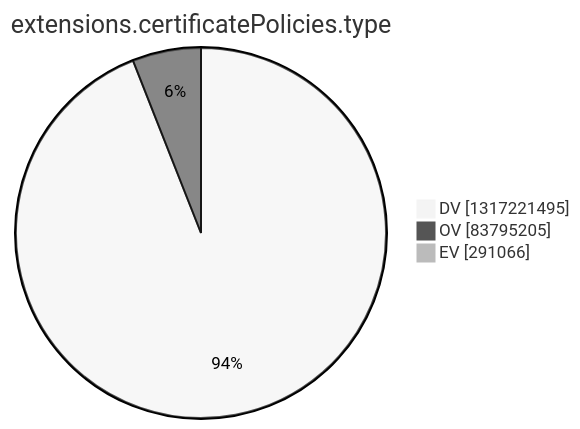
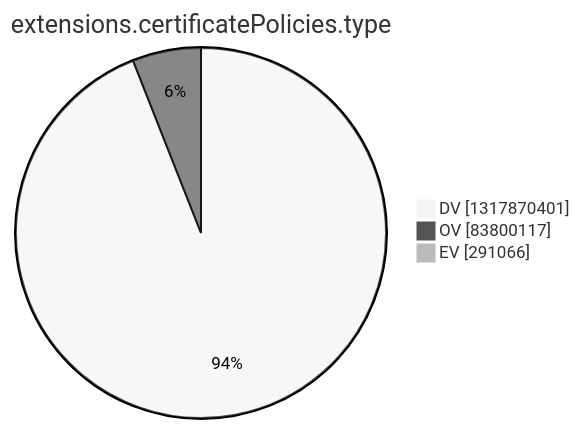
Before and after one commit to christiankrug/ctmonitor_visualization: the tenth of 15 diagrams in argon2022/README.md, drawn with Mermaid (neutral theme). The commit also changed other lines of this file, not shown here.

````diff
--- a/argon2022/README.md
+++ b/argon2022/README.md
@@ -2772,7 +2772,7 @@
 ```mermaid
 pie showData
 title extensions.certificatePolicies.type
-"DV" :1317221495
-"OV" :83795205
+"DV" :1317870401
+"OV" :83800117
 "EV" :291066
 ```
````
